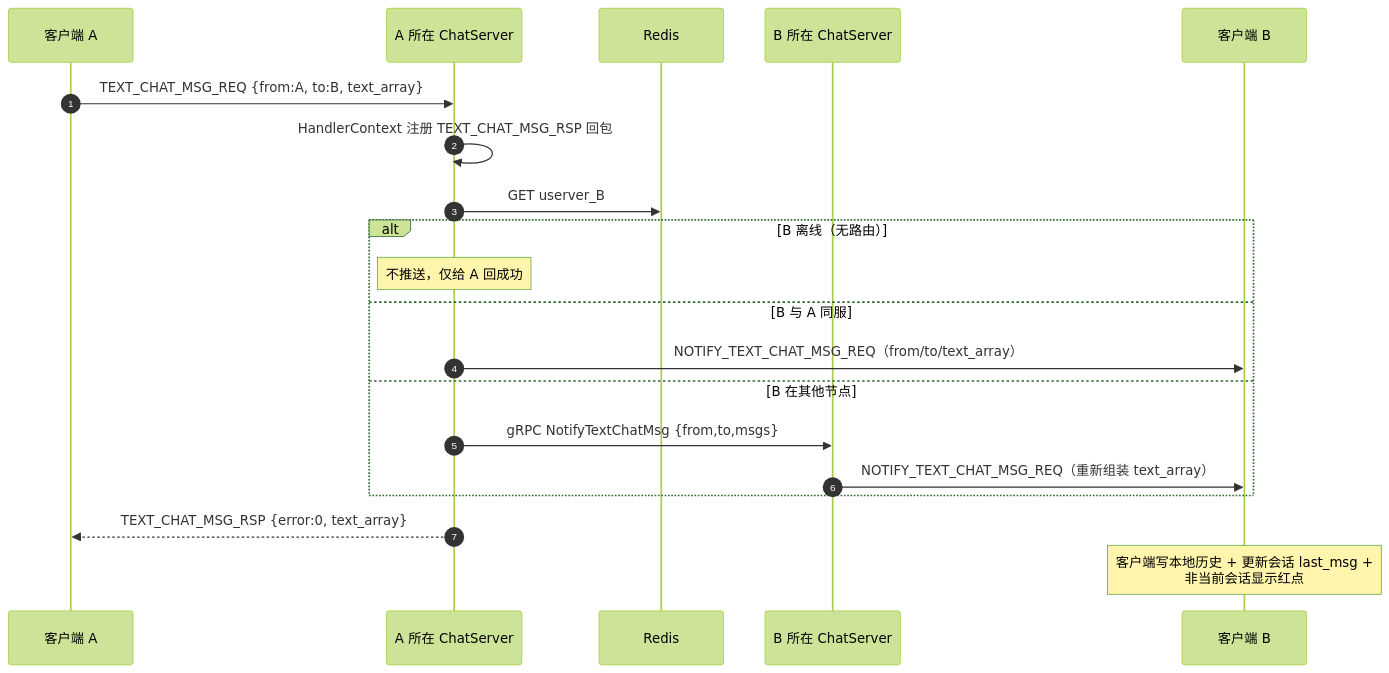
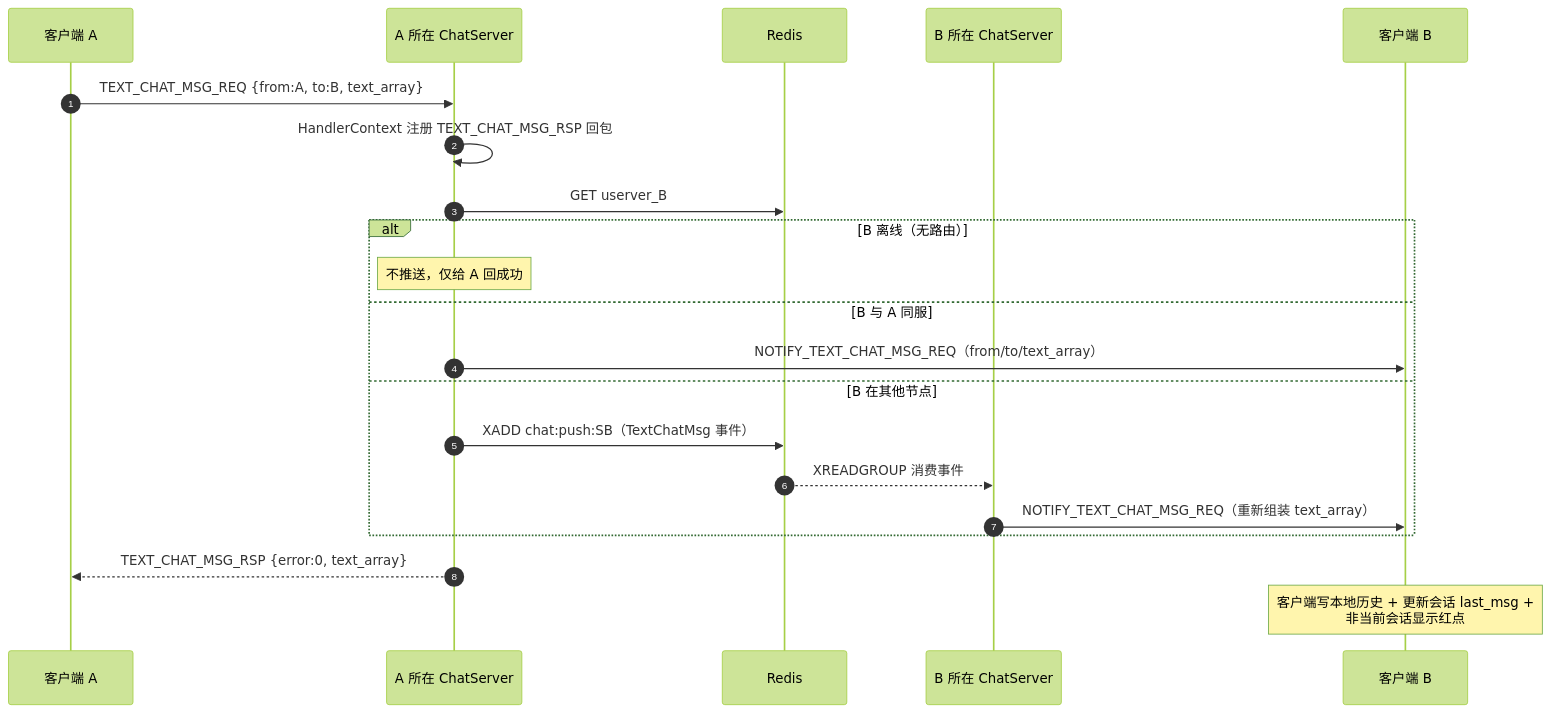
The sixth of 6 diagrams in Servers/ChatServer/README.md (codeT2001/MyChat), drawn with Mermaid (forest theme) before and after one commit. The commit also changed other lines of this file and 41 other files, not shown here.

````diff
--- a/Servers/ChatServer/README.md
+++ b/Servers/ChatServer/README.md
@@ -181,23 +191,24 @@
 ```mermaid
 sequenceDiagram
     autonumber
     participant A as 客户端 A
     participant SA as A 所在 ChatServer
     participant R as Redis
     participant SB as B 所在 ChatServer
     participant B as 客户端 B
 
     A->>SA: TEXT_CHAT_MSG_REQ {from:A, to:B, text_array}
     SA->>SA: HandlerContext 注册 TEXT_CHAT_MSG_RSP 回包
     SA->>R: GET userver_B
     alt B 离线（无路由）
         Note over SA: 不推送，仅给 A 回成功
     else B 与 A 同服
         SA->>B: NOTIFY_TEXT_CHAT_MSG_REQ（from/to/text_array）
     else B 在其他节点
-        SA->>SB: gRPC NotifyTextChatMsg {from,to,msgs}
+        SA->>R: XADD chat:push:SB（TextChatMsg 事件）
+        R-->>SB: XREADGROUP 消费事件
         SB->>B: NOTIFY_TEXT_CHAT_MSG_REQ（重新组装 text_array）
     end
     SA-->>A: TEXT_CHAT_MSG_RSP {error:0, text_array}
     Note over B: 客户端写本地历史 + 更新会话 last_msg +<br/>非当前会话显示红点
 ```
````
